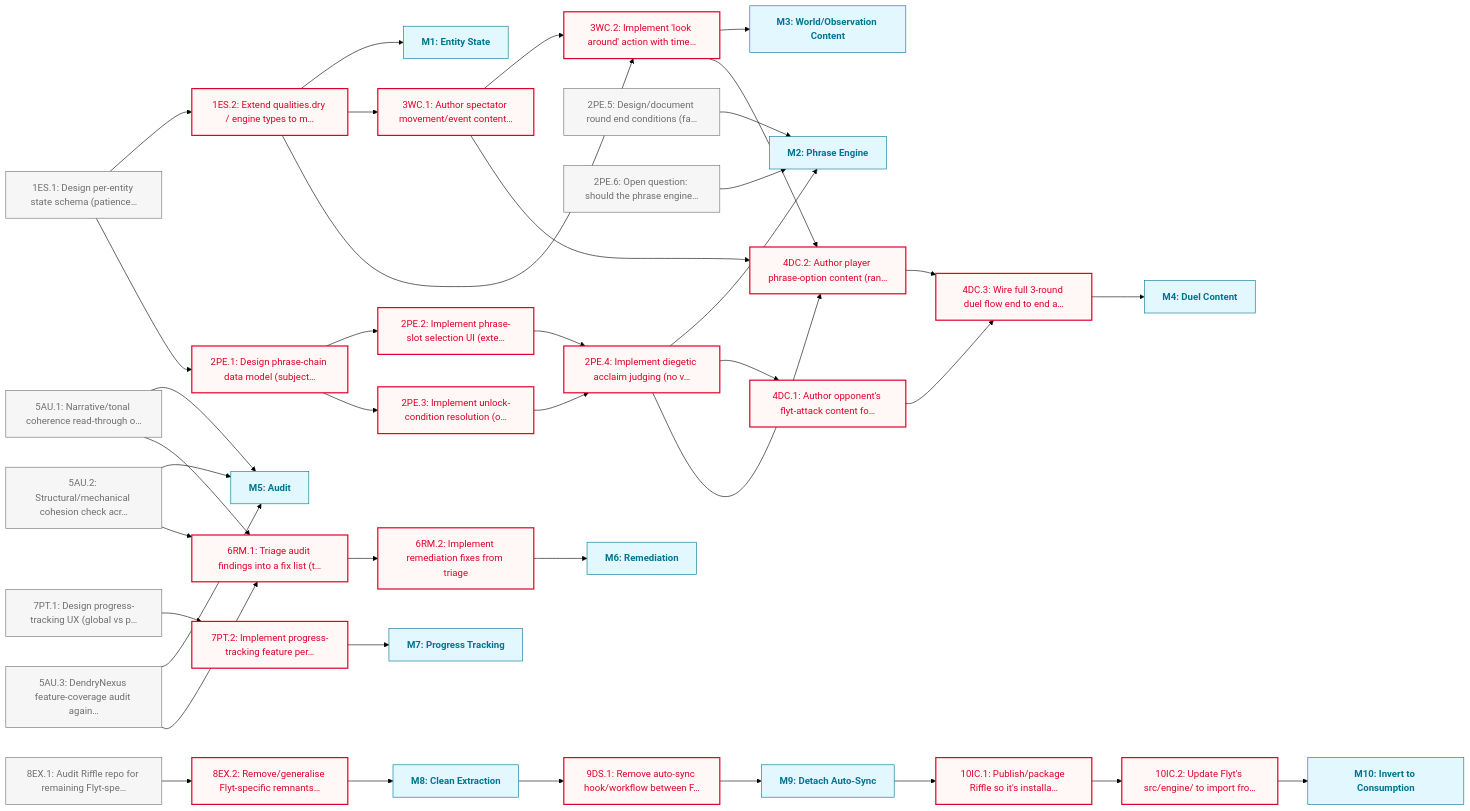
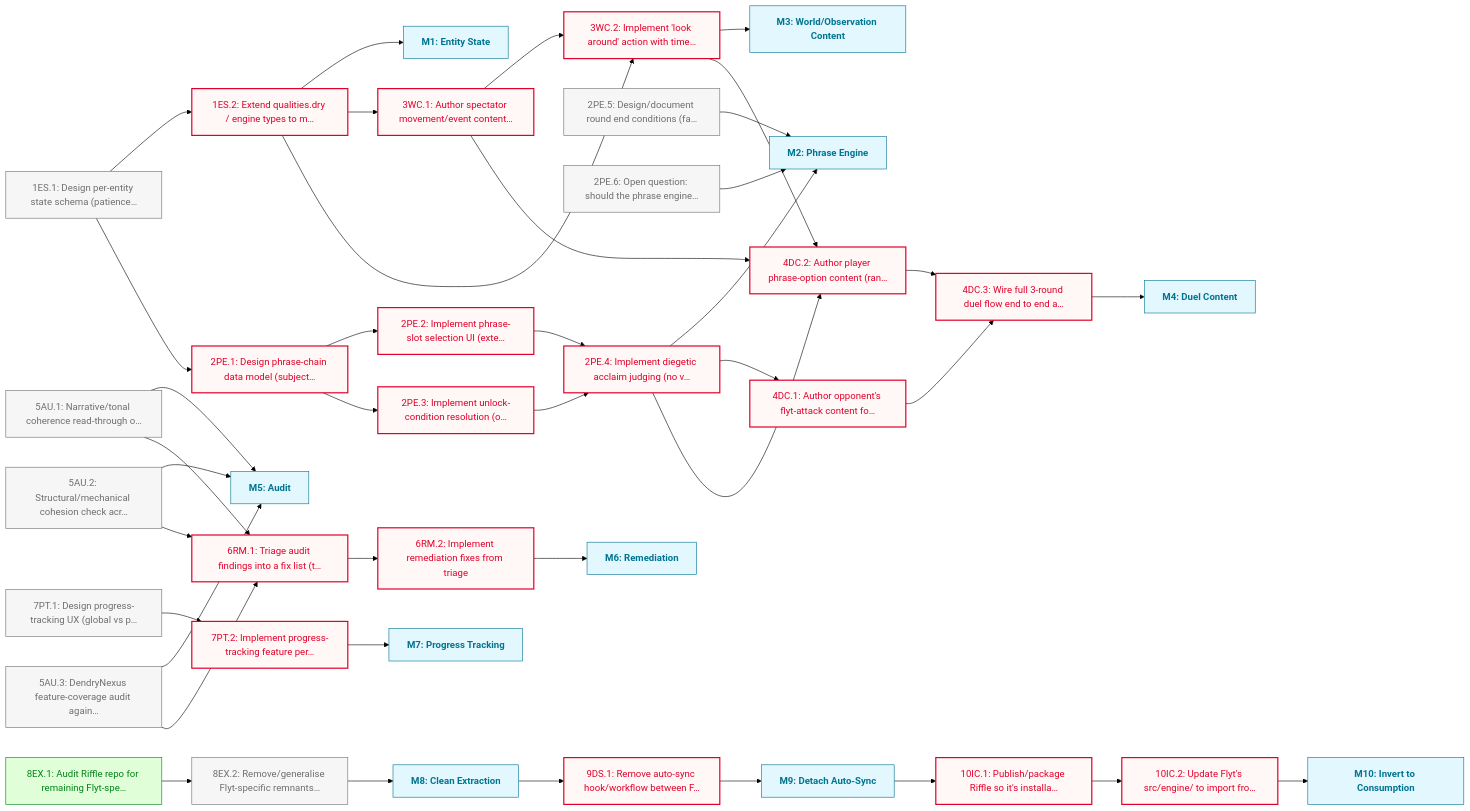
Before and after one commit to JasonWarrenUK/flyt: the diagram in docs/roadmaps/FOUNDATIONS.md, drawn with Mermaid (forest theme). The commit also changed other lines of this file and 2 other files, not shown here.

First line of the commit message:
chore(roadmap): complete 8EX.1

````diff
--- a/docs/roadmaps/FOUNDATIONS.md
+++ b/docs/roadmaps/FOUNDATIONS.md
@@ -189,6 +191,7 @@
 	M9 --> 10IC.1
 	10IC.1 --> 10IC.2
 	10IC.2 --> M10
-	class 1ES.1,2PE.5,2PE.6,5AU.1,5AU.2,5AU.3,7PT.1,8EX.1 todo
-	class 10IC.1,10IC.2,1ES.2,2PE.1,2PE.2,2PE.3,2PE.4,3WC.1,3WC.2,4DC.1,4DC.2,4DC.3,6RM.1,6RM.2,7PT.2,8EX.2,9DS.1 blocked
+	class 1ES.1,2PE.5,2PE.6,5AU.1,5AU.2,5AU.3,7PT.1,8EX.2 todo
+	class 10IC.1,10IC.2,1ES.2,2PE.1,2PE.2,2PE.3,2PE.4,3WC.1,3WC.2,4DC.1,4DC.2,4DC.3,6RM.1,6RM.2,7PT.2,9DS.1 blocked
+	class 8EX.1 done
 ```
````
